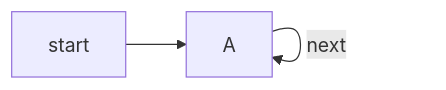
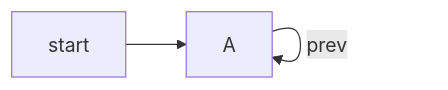
One commit to ChrisW-priv/PersonalVault changed the second of 2 diagrams in zettelkasten/Circular Doubly Linked List.md. Above: the diagram before and after it, drawn with Mermaid. The commit also changed other lines of this file and 2 other files, not shown here.

Commit message:
vault backup: 2022-12-08 02:44:36

````diff
--- a/zettelkasten/Circular Doubly Linked List.md
+++ b/zettelkasten/Circular Doubly Linked List.md
@@ -16,4 +16,4 @@
 ```mermaid
 flowchart LR
-    start --> A -->|next| A
+    start --> A -->|next| A-->|prev| A
 ```
````
